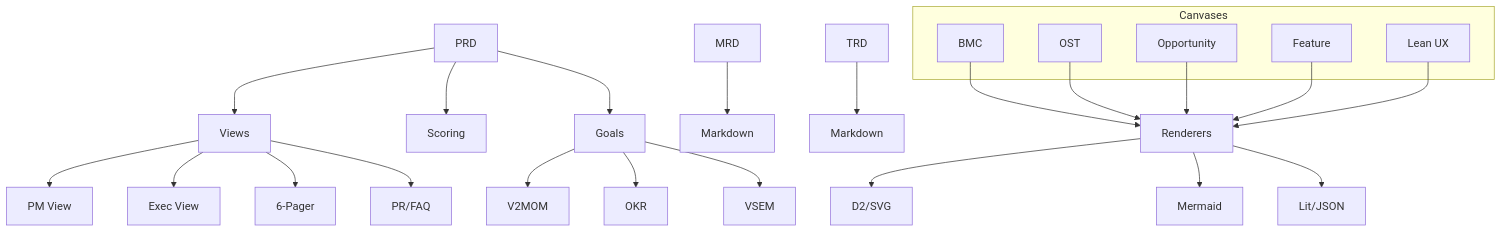
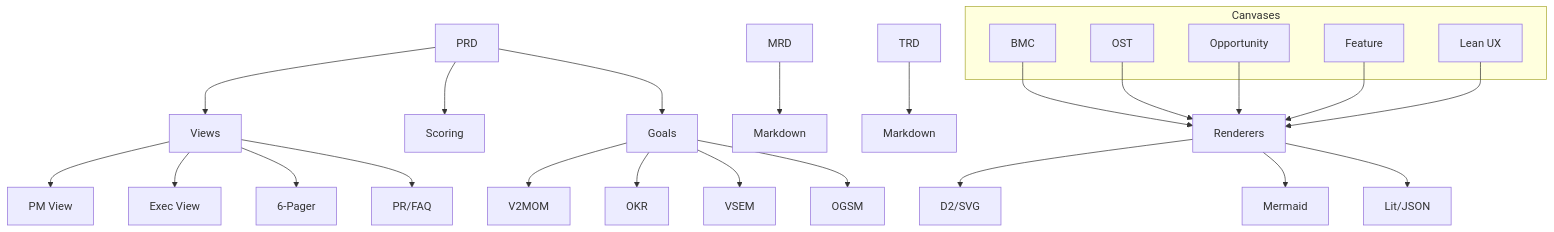
The first of 2 diagrams in docs/index.md (grokify/prism-roadmap), drawn with Mermaid before and after one commit. The commit also changed other lines of this file and 10 other files, not shown here.

````diff
--- a/docs/index.md
+++ b/docs/index.md
@@ -40,36 +40,37 @@
 ```mermaid
 graph TD
     A[PRD] --> B[Views]
     A --> C[Scoring]
     A --> D[Goals]
 
     B --> B1[PM View]
     B --> B2[Exec View]
     B --> B3[6-Pager]
     B --> B4[PR/FAQ]
 
     D --> D1[V2MOM]
     D --> D2[OKR]
     D --> D3[VSEM]
+    D --> D4[OGSM]
 
     E[MRD] --> F[Markdown]
     G[TRD] --> H[Markdown]
 
     subgraph Canvases
         CV1[BMC]
         CV2[OST]
         CV3[Opportunity]
         CV4[Feature]
         CV5[Lean UX]
     end
 
     CV1 --> R[Renderers]
     CV2 --> R
     CV3 --> R
     CV4 --> R
     CV5 --> R
 
     R --> R1[D2/SVG]
     R --> R2[Mermaid]
     R --> R3[Lit/JSON]
 ```
````
